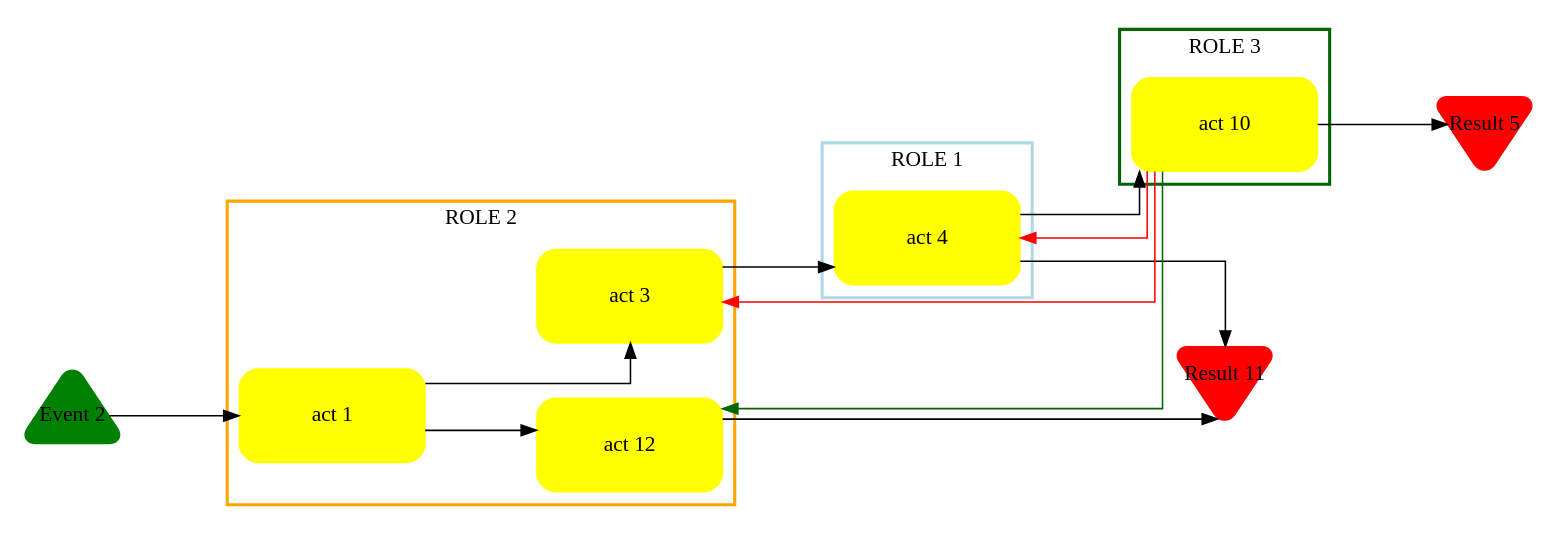
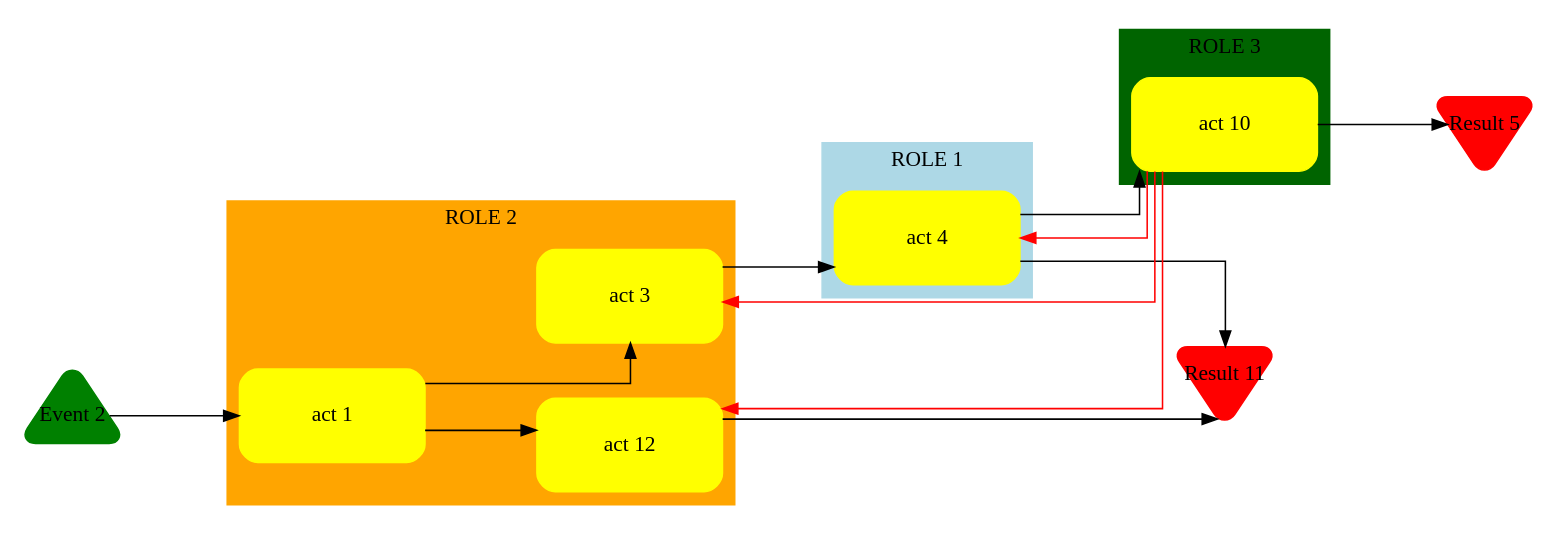
One commit to ggojard/swimy changed the diagram in input/input_boucle_constraints.dot. Above: the diagram before and after it, drawn with Graphviz. The commit also changed 15 other files, not shown here.

```diff
--- a/input/input_boucle_constraints.dot
+++ b/input/input_boucle_constraints.dot
@@ -1,42 +1,42 @@
 digraph diagram24 {
 
  /*
  dot input.dot | gvpr -c -fswimy.g | neato -n2 -Tpng > output.png
  dot input.dot | gvpr -c -fswimy.g | neato -n2 > output.dot
  */
 
 rankdir=LR;overlap=scalexy;splines=ortho;sep=1;nodesep=0.5;
 /*rankdir=TB;overlap=scalexy;splines=ortho;sep=1;nodesep=1;*/
 
 node[fontsize=14.0]
 
-subgraph cluster_8 { label="ROLE 1";style=bold;color=lightblue;4}
-subgraph cluster_7 { label="ROLE 2";style=bold;color=orange;1;3;12}
-subgraph cluster_9 { label="ROLE 3";style=bold;color=darkgreen;10}
+subgraph cluster_8 { label="ROLE 1";style=filled;color=lightblue;4}
+subgraph cluster_7 { label="ROLE 2";style=filled;color=orange;1;3;12}
+subgraph cluster_9 { label="ROLE 3";style=filled;color=darkgreen;10}
 
 
 "4"  [label="act 4"; shape=box,style="rounded,filled",color=yellow,fixedsize=true,width=1.6806,height=0.84722]
 "1"  [label="act 1"; shape=box,style="rounded,filled",color=yellow,fixedsize=true,width=1.6806,height=0.84722]
 "3"  [label="act 3"; shape=box,style="rounded,filled",color=yellow,fixedsize=true,width=1.6806,height=0.84722]
 "10" [label="act 10"; shape=box,style="rounded,filled",color=yellow,fixedsize=true,width=1.6806,height=0.84722]
 "12" [label="act 12"; shape=box,style="rounded,filled",color=yellow,fixedsize=true,width=1.6806,height=0.84722]
 "5"  [label="Result 5"; shape=invtriangle,fixedsize=true,width=1.0,height=1.0,style="rounded,filled",color=red]
 "2"  [label="Event 2"; shape=triangle,fixedsize=true,width=1.0,height=1.0,style="rounded,filled",color=green]
 "11" [label="Result 11"; shape=invtriangle,fixedsize=true,width=1.0,height=1.0,style="rounded,filled",color=red]
 
 "1" -> "3"  [minlen=2.0];
 "4" -> "10" [minlen=2.0];
 "3" -> "4"  [minlen=2.0];
 "10" -> "5" [minlen=2.0];
 "2" -> "1"  [minlen=2.0];
 "4" -> "11" [minlen=2.0];
 "1" -> "12" [minlen=2.0];
 "12" -> "11" [minlen=2.0];
 
 /* CONSTRAINTS*/
 "10" -> "3" [minlen=1.0,constraint=false,style="filled",color=red];
 "10" -> "4" [minlen=1.0,constraint=false,style="filled",color=red];
-"10" -> "12" [minlen=1.0,constraint=false,style="filled",color=darkgreen];
+"10" -> "12" [minlen=1.0,constraint=false,style="filled",color=red];
 
 
 }
```
